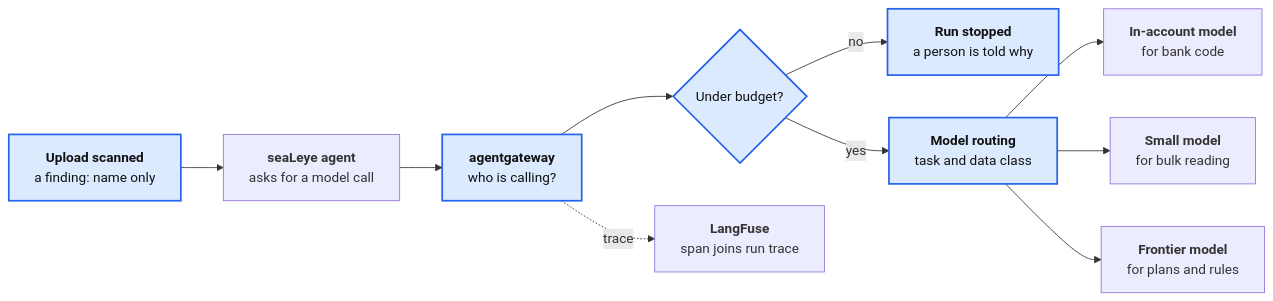
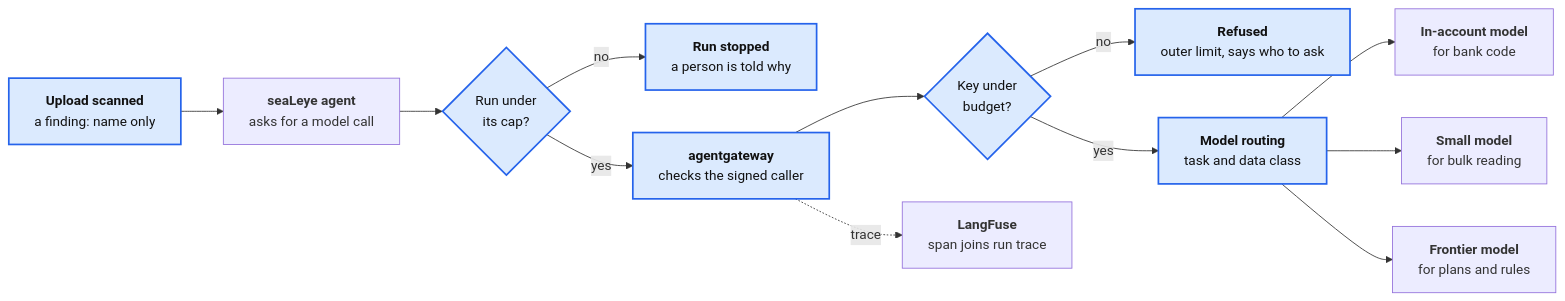
One commit to GregKliewer/sealeye changed the fourth of 11 diagrams in docs/BUILD-OUT.md. Above: the diagram before and after it, drawn with Mermaid. The commit also changed other lines of this file and 1 other file, not shown here.

First line of the commit message:
BUILD-OUT: seaLeye's cap comes before the gateway in Phase 3's flow

````diff
--- a/docs/BUILD-OUT.md
+++ b/docs/BUILD-OUT.md
@@ -123,14 +123,16 @@
 ```mermaid
 flowchart LR
   upload["<b>Upload scanned</b><br/>a finding: name only"] --> agent["<b>seaLeye agent</b><br/>asks for a model call"]
-  agent --> gw["<b>agentgateway</b><br/>who is calling?"]
-  gw --> budget{"Under budget?"}
-  budget -- no --> stop["<b>Run stopped</b><br/>a person is told why"]
+  agent --> cap{"Run under<br/>its cap?"}
+  cap -- no --> stop["<b>Run stopped</b><br/>a person is told why"]
+  cap -- yes --> gw["<b>agentgateway</b><br/>checks the signed caller"]
+  gw --> budget{"Key under<br/>budget?"}
+  budget -- no --> outer["<b>Refused</b><br/>outer limit, says who to ask"]
   budget -- yes --> router["<b>Model routing</b><br/>task and data class"]
   router --> inacct["<b>In-account model</b><br/>for bank code"]
   router --> small["<b>Small model</b><br/>for bulk reading"]
   router --> frontier["<b>Frontier model</b><br/>for plans and rules"]
   gw -. trace .-> lf["<b>LangFuse</b><br/>span joins run trace"]
   classDef new fill:#dbeafe,stroke:#2563eb,stroke-width:2px,color:#111
-  class upload,gw,budget,stop,router new
+  class upload,cap,stop,gw,budget,outer,router new
 ```
````
